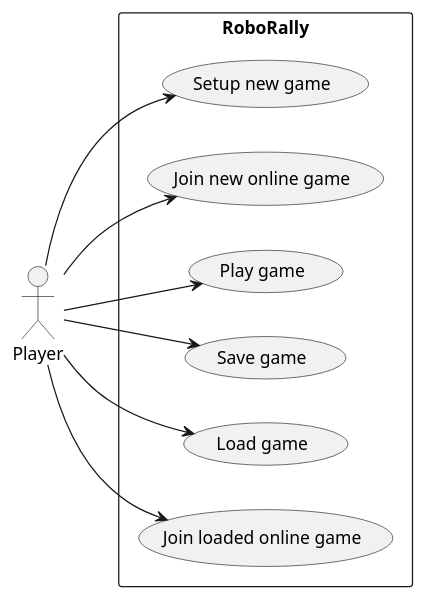
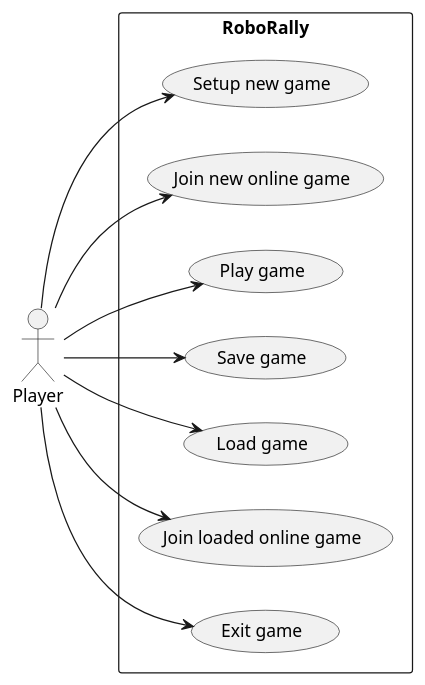
The diagram in PlantUML/UseCase.puml (MarkBidstrup/RoboRally), drawn with PlantUML before and after one commit.

Commit message:
added use case "exit game"

```diff
--- a/PlantUML/UseCase.puml
+++ b/PlantUML/UseCase.puml
@@ -1,22 +1,24 @@
 @startuml
 'https://plantuml.com/use-case-diagram
 
 left to right direction
 actor "Player" as player
 rectangle RoboRally {
   usecase "Setup new game" as UC1
   usecase "Join new online game" as UC5
   usecase "Play game" as UC2
   usecase "Save game" as UC3
   usecase "Load game" as UC4
   usecase "Join loaded online game" as UC6
+  usecase "Exit game" as UC7
 }
 
 player --> UC1
 player --> UC2
 player --> UC3
 player --> UC4
 player --> UC5
 player --> UC6
+player --> UC7
 
 @enduml
```
